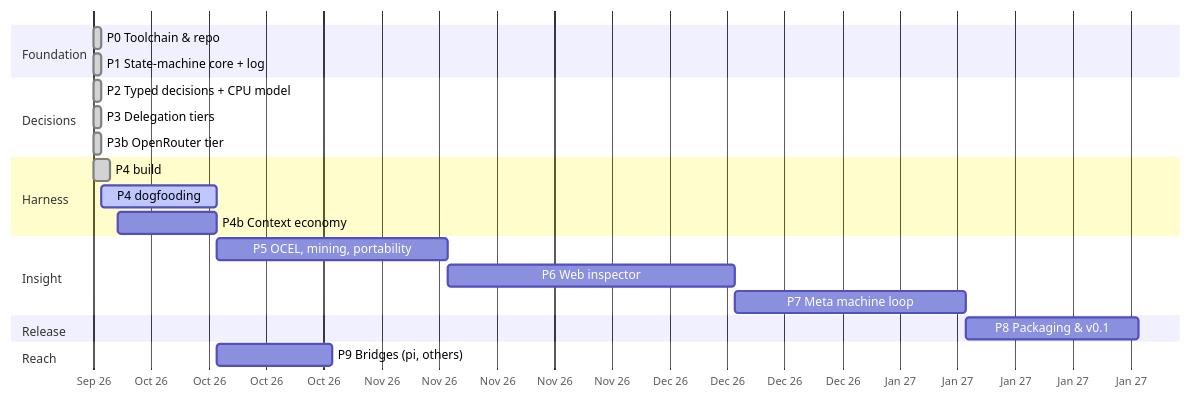
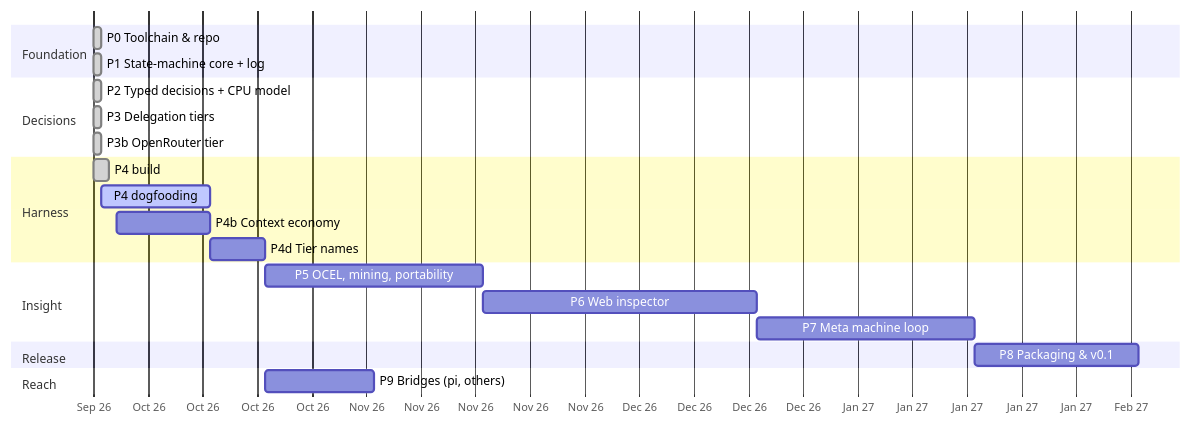
The diagram in docs/implementation-plan.md (romeroabelleira/xeito), drawn with Mermaid before and after one commit. The commit also changed other lines of this file, not shown here.

````diff
--- a/docs/implementation-plan.md
+++ b/docs/implementation-plan.md
@@ -35,24 +36,25 @@
 ```mermaid
 gantt
   dateFormat YYYY-MM-DD
   axisFormat %b %y
   section Foundation
   P0 Toolchain & repo            :done, p0, 2026-09-27, 1d
   P1 State-machine core + log    :done, p1, 2026-09-27, 1d
   section Decisions
   P2 Typed decisions + CPU model :done, p2, 2026-09-27, 1d
   P3 Delegation tiers            :done, p3, 2026-09-27, 1d
   P3b OpenRouter tier            :done, p3b, 2026-09-27, 1d
   section Harness
   P4 build                       :done, p4b, 2026-09-27, 2d
   P4 dogfooding                  :active, p4d, 2026-09-28, 2w
   P4b Context economy            :p4b, 2026-09-30, 12d
+  P4d Tier names                 :p4d, 2026-10-12, 1w
   section Insight
   P5 OCEL, mining, portability   :p5, after p4d, 4w
   P6 Web inspector               :p6, after p5, 5w
   P7 Meta machine loop           :p7, after p6, 4w
   section Release
   P8 Packaging & v0.1            :p8, after p7, 3w
   section Reach
   P9 Bridges (pi, others)        :p9, after p4d, 2w
 ```
````
